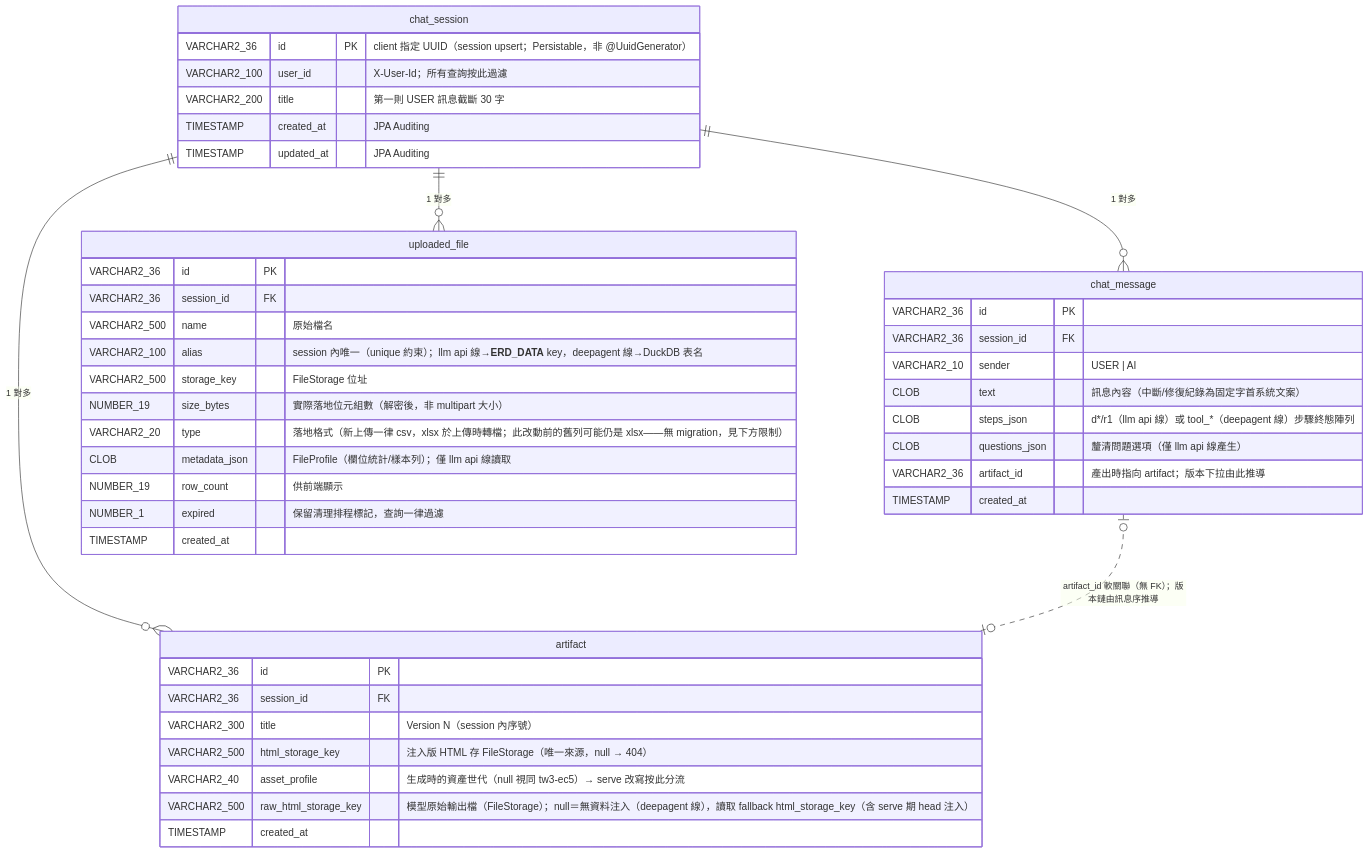
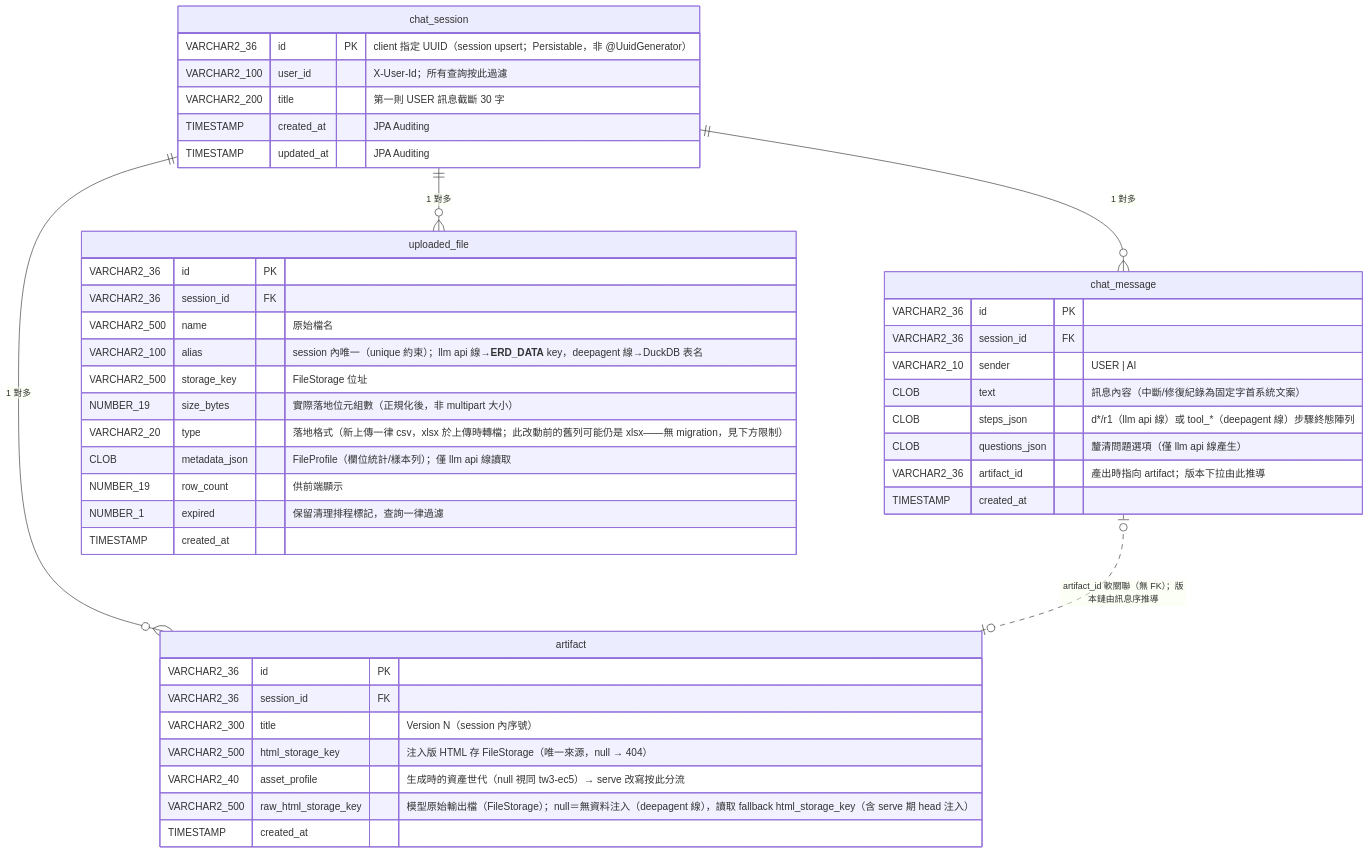
One commit to Michelle12369/cowork changed the fourth of 4 diagrams in docs/architecture.md. Above: the diagram before and after it, drawn with Mermaid. The commit also changed other lines of this file and 15 other files, not shown here.

````diff
--- a/docs/architecture.md
+++ b/docs/architecture.md
@@ -445,47 +406,47 @@
 ```mermaid
 erDiagram
     chat_session ||--o{ chat_message : "1 對多"
     chat_session ||--o{ uploaded_file : "1 對多"
     chat_session ||--o{ artifact : "1 對多"
     chat_message |o..o| artifact : "artifact_id 軟關聯（無 FK）；版本鏈由訊息序推導"
 
     chat_session {
         VARCHAR2_36 id PK "client 指定 UUID（session upsert；Persistable，非 @UuidGenerator）"
         VARCHAR2_100 user_id "X-User-Id；所有查詢按此過濾"
         VARCHAR2_200 title "第一則 USER 訊息截斷 30 字"
         TIMESTAMP created_at "JPA Auditing"
         TIMESTAMP updated_at "JPA Auditing"
     }
     chat_message {
         VARCHAR2_36 id PK
         VARCHAR2_36 session_id FK
         VARCHAR2_10 sender "USER | AI"
         CLOB text "訊息內容（中斷/修復紀錄為固定字首系統文案）"
         CLOB steps_json "d*/r1（llm api 線）或 tool_*（deepagent 線）步驟終態陣列"
         CLOB questions_json "釐清問題選項（僅 llm api 線產生）"
         VARCHAR2_36 artifact_id "產出時指向 artifact；版本下拉由此推導"
         TIMESTAMP created_at
     }
     uploaded_file {
         VARCHAR2_36 id PK
         VARCHAR2_36 session_id FK
         VARCHAR2_500 name "原始檔名"
         VARCHAR2_100 alias "session 內唯一（unique 約束）；llm api 線→__ERD_DATA__ key，deepagent 線→DuckDB 表名"
         VARCHAR2_500 storage_key "FileStorage 位址"
-        NUMBER_19 size_bytes "實際落地位元組數（解密後，非 multipart 大小）"
+        NUMBER_19 size_bytes "實際落地位元組數（正規化後，非 multipart 大小）"
         VARCHAR2_20 type "落地格式（新上傳一律 csv，xlsx 於上傳時轉檔；此改動前的舊列可能仍是 xlsx——無 migration，見下方限制）"
         CLOB metadata_json "FileProfile（欄位統計/樣本列）；僅 llm api 線讀取"
         NUMBER_19 row_count "供前端顯示"
         NUMBER_1 expired "保留清理排程標記，查詢一律過濾"
         TIMESTAMP created_at
     }
     artifact {
         VARCHAR2_36 id PK
         VARCHAR2_36 session_id FK
         VARCHAR2_300 title "Version N（session 內序號）"
         VARCHAR2_500 html_storage_key "注入版 HTML 存 FileStorage（唯一來源，null → 404）"
         VARCHAR2_40 asset_profile "生成時的資產世代（null 視同 tw3-ec5）→ serve 改寫按此分流"
         VARCHAR2_500 raw_html_storage_key "模型原始輸出檔（FileStorage）；null＝無資料注入（deepagent 線），讀取 fallback html_storage_key（含 serve 期 head 注入）"
         TIMESTAMP created_at
     }
 ```
````
